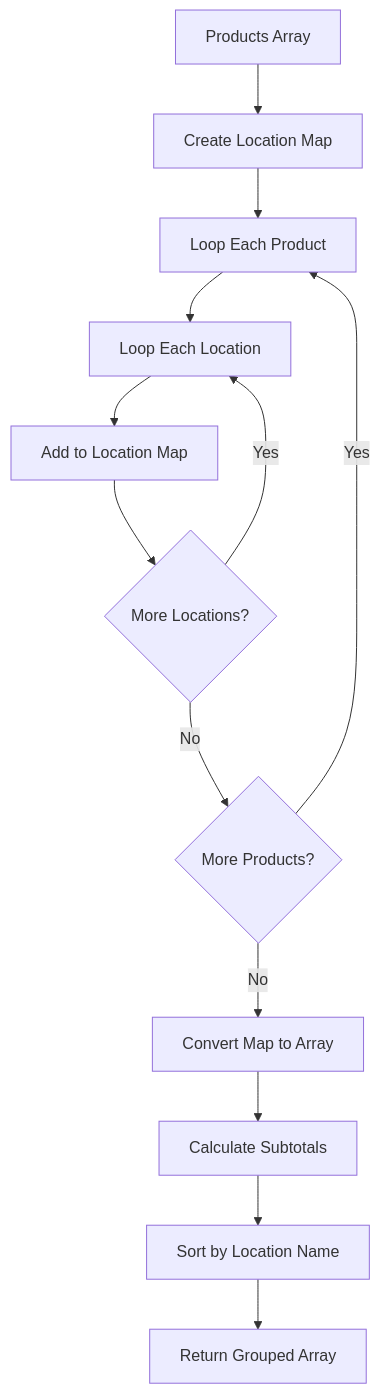
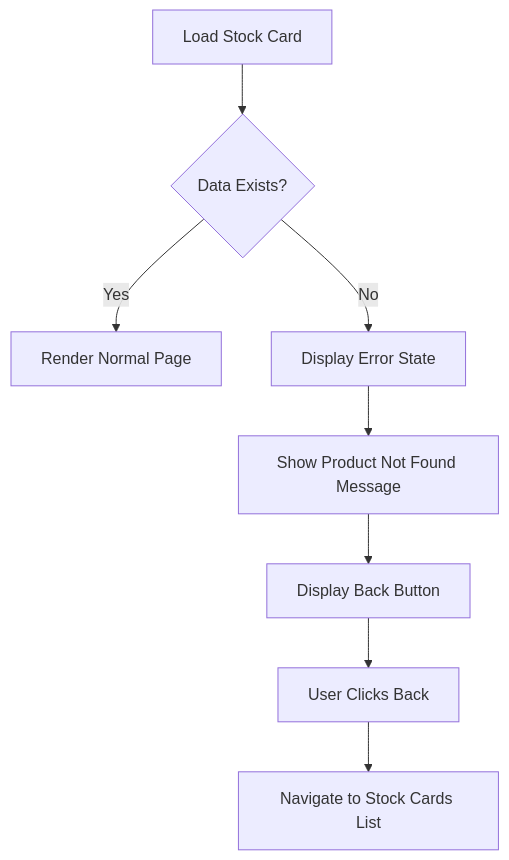
One commit to PeakMNA/carmen changed diagram 15 of 16 in docs/app/inventory-management/stock-overview/stock-cards/FD-stock-cards.md. Above: the diagram before and after it, drawn with Mermaid. The commit also changed other lines of this file and 473 other files, not shown here.

````diff
--- a/docs/app/inventory-management/stock-overview/stock-cards/FD-stock-cards.md
+++ b/docs/app/inventory-management/stock-overview/stock-cards/FD-stock-cards.md
@@ -242,15 +347,10 @@
 ```mermaid
 flowchart TD
-    A[Products Array] --> B[Create Location Map]
-    B --> C[Loop Each Product]
-    C --> D[Loop Each Location]
-    D --> E[Add to Location Map]
-    E --> F{More Locations?}
-    F -->|Yes| D
-    F -->|No| G{More Products?}
-    G -->|Yes| C
-    G -->|No| H[Convert Map to Array]
-    H --> I[Calculate Subtotals]
-    I --> J[Sort by Location Name]
-    J --> K[Return Grouped Array]
+    A[Load Stock Card] --> B{Data Exists?}
+    B -->|Yes| C[Render Normal Page]
+    B -->|No| D[Display Error State]
+    D --> E[Show Product Not Found Message]
+    E --> F[Display Back Button]
+    F --> G[User Clicks Back]
+    G --> H[Navigate to Stock Cards List]
 ```
````
